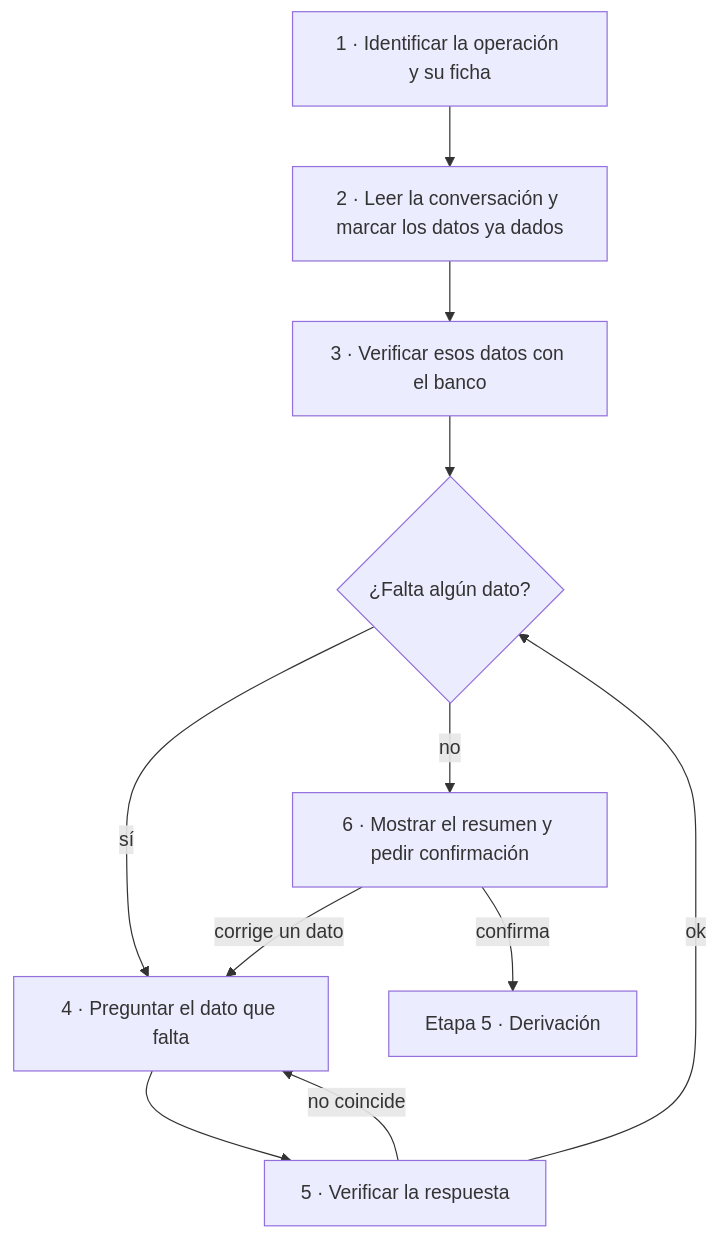
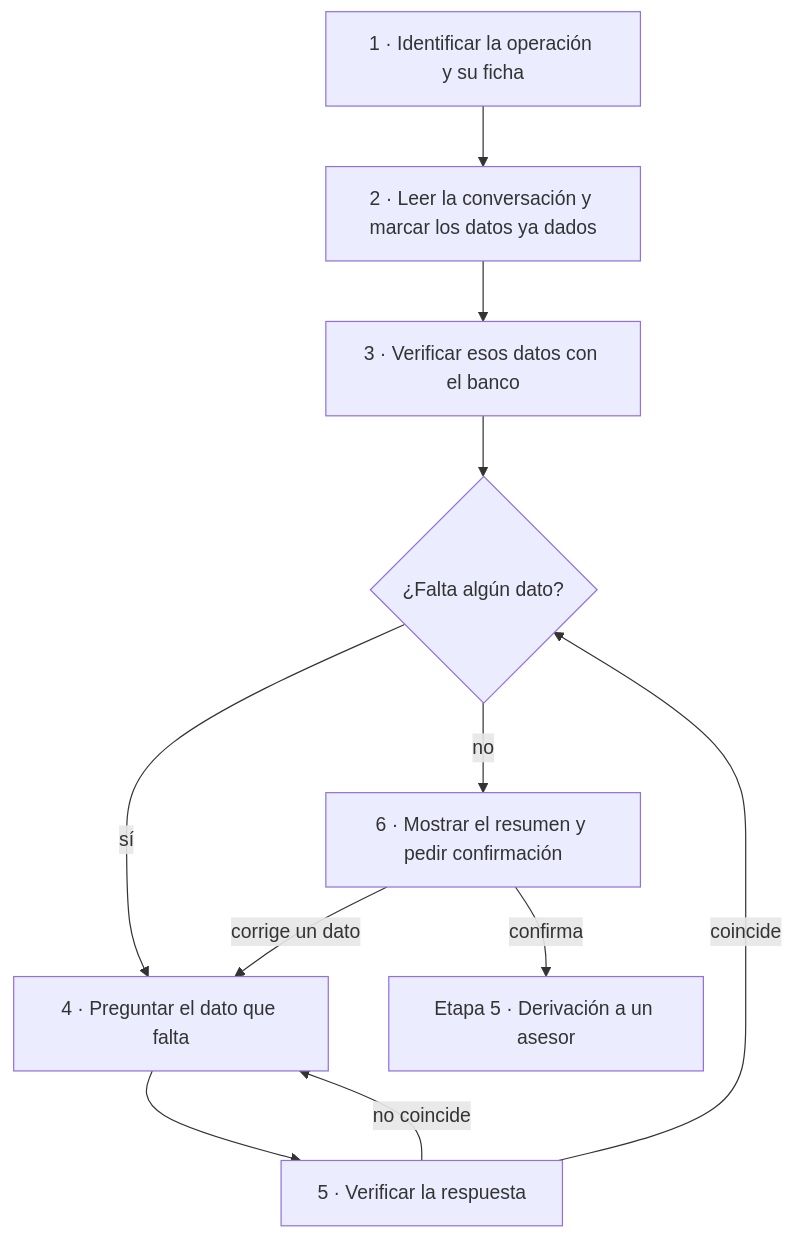
The second of 3 diagrams in docs/flujo-atencion.md (pqbas/factored-hackathon-2026-zenit), drawn with Mermaid before and after one commit. The commit also changed other lines of this file, not shown here.

Commit message:
Align each stage's description and steps with the flow diagram

````diff
--- a/docs/flujo-atencion.md
+++ b/docs/flujo-atencion.md
@@ -175,13 +236,13 @@
 ```mermaid
 flowchart TD
-    I["1 · Identificar la operación y su ficha"] --> L["2 · Leer la conversación y marcar los datos ya dados"]
-    L --> V["3 · Verificar esos datos con el banco"]
-    V --> Q{"¿Falta algún dato?"}
-    Q -->|sí| P["4 · Preguntar el dato que falta"]
-    P --> R["5 · Verificar la respuesta"]
-    R -->|no coincide| P
-    R -->|ok| Q
-    Q -->|no| C["6 · Mostrar el resumen y pedir confirmación"]
-    C -->|corrige un dato| P
-    C -->|confirma| D["Etapa 5 · Derivación"]
+    P1["1 · Identificar la operación y su ficha"] --> P2["2 · Leer la conversación y marcar los datos ya dados"]
+    P2 --> P3["3 · Verificar esos datos con el banco"]
+    P3 --> Q{"¿Falta algún dato?"}
+    Q -->|sí| P4["4 · Preguntar el dato que falta"]
+    P4 --> P5["5 · Verificar la respuesta"]
+    P5 -->|no coincide| P4
+    P5 -->|coincide| Q
+    Q -->|no| P6["6 · Mostrar el resumen y pedir confirmación"]
+    P6 -->|corrige un dato| P4
+    P6 -->|confirma| E5["Etapa 5 · Derivación a un asesor"]
 ```
````
